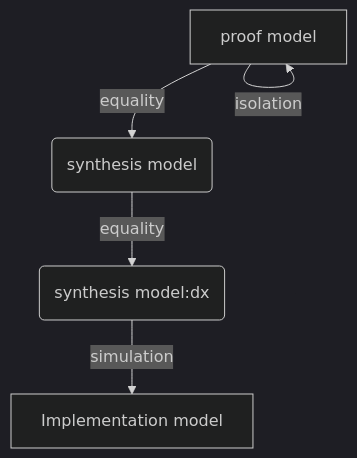
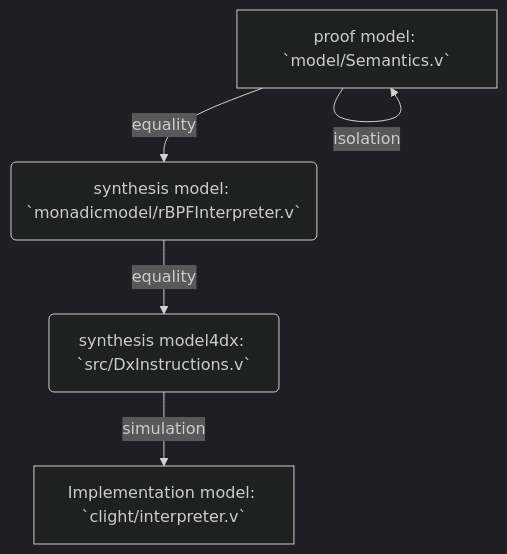
The second of 2 diagrams in README.md (future-proof-iot/CertFC), drawn with Mermaid (dark theme) before and after one commit. The commit also changed other lines of this file, not shown here.

````diff
--- a/README.md
+++ b/README.md
@@ -56,7 +56,7 @@
 ```mermaid
 graph TD;
-    A[proof model] -->|equality| B(synthesis model);
-    B -->|equality| C(synthesis model:dx);
-    C -->|simulation| D[Implementation model];
+    A[proof model: `model/Semantics.v`] -->|equality| B(synthesis model: `monadicmodel/rBPFInterpreter.v`);
+    B -->|equality| C(synthesis model4dx: `src/DxInstructions.v`);
+    C -->|simulation| D[Implementation model: `clight/interpreter.v`];
     A -->|isolation| A;
 ```
````
